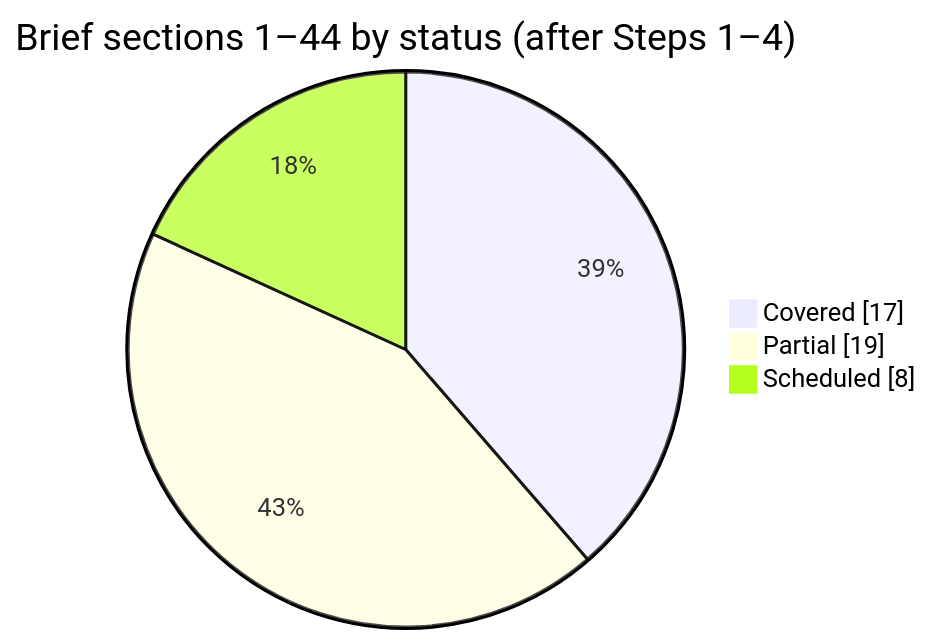
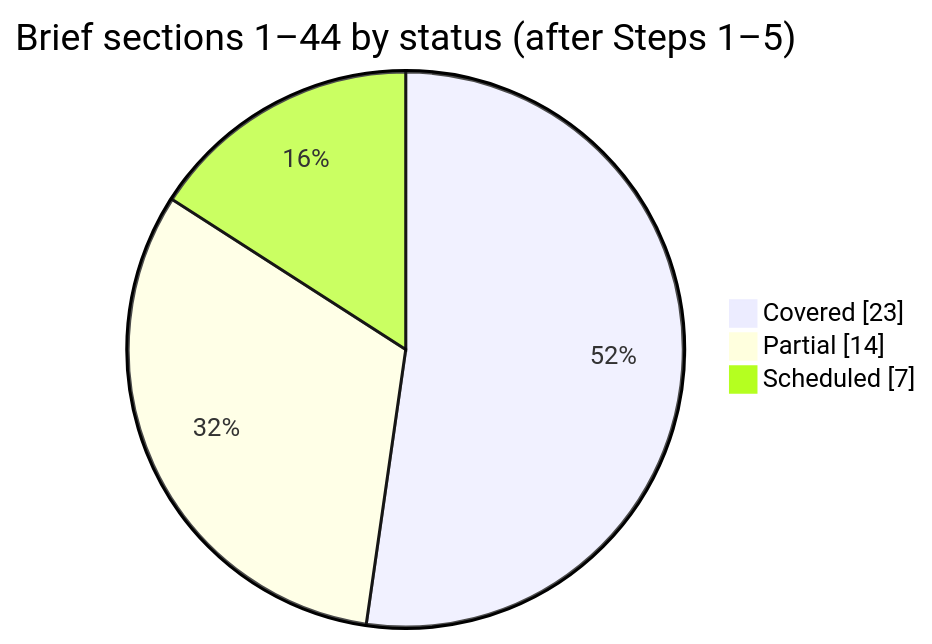
Before and after one commit to adityayadav30561-rgb/MASTER-ERP: the diagram in docs/tracking/COVERAGE-MATRIX.md, drawn with Mermaid. The commit also changed other lines of this file and 33 other files, not shown here.

````diff
--- a/docs/tracking/COVERAGE-MATRIX.md
+++ b/docs/tracking/COVERAGE-MATRIX.md
@@ -14,7 +14,7 @@
 ```mermaid
 pie showData
-    title Brief sections 1–44 by status (after Steps 1–4)
-    "Covered" : 17
-    "Partial" : 19
-    "Scheduled" : 8
+    title Brief sections 1–44 by status (after Steps 1–5)
+    "Covered" : 23
+    "Partial" : 14
+    "Scheduled" : 7
 ```
````
